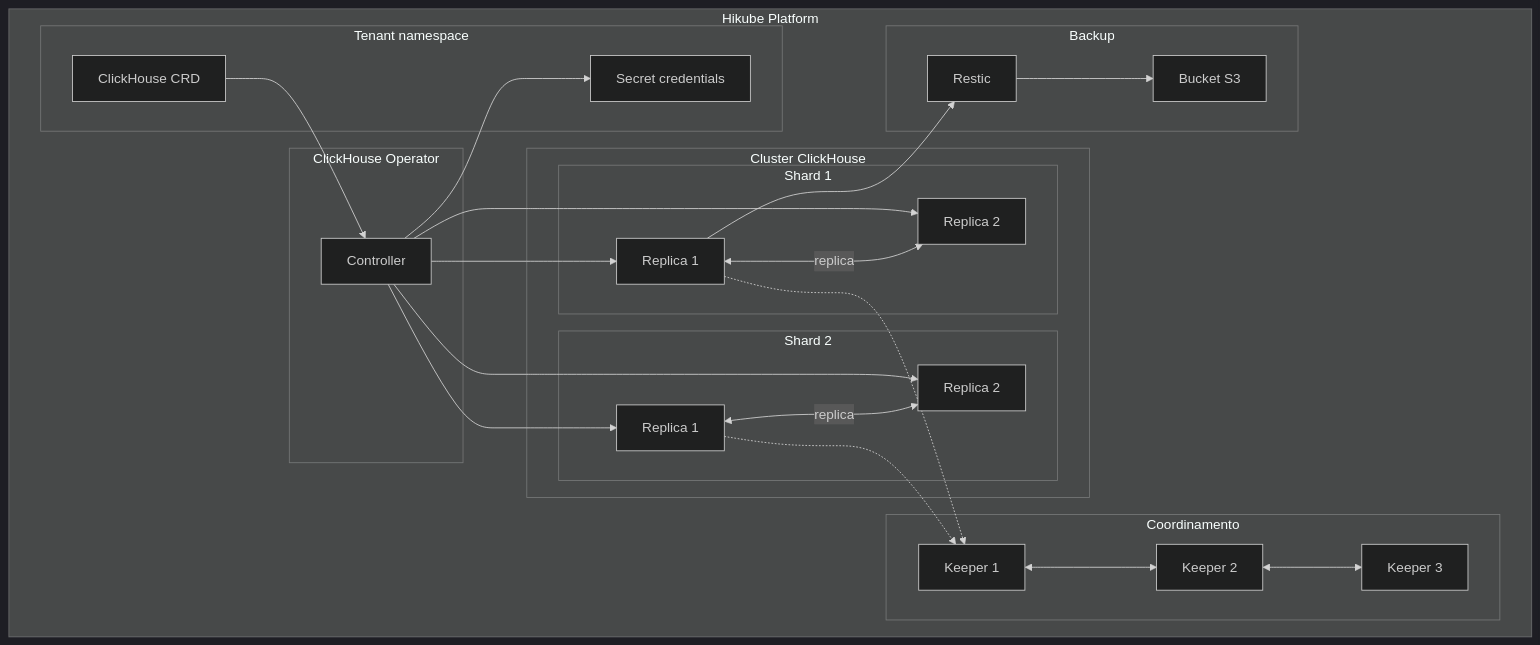
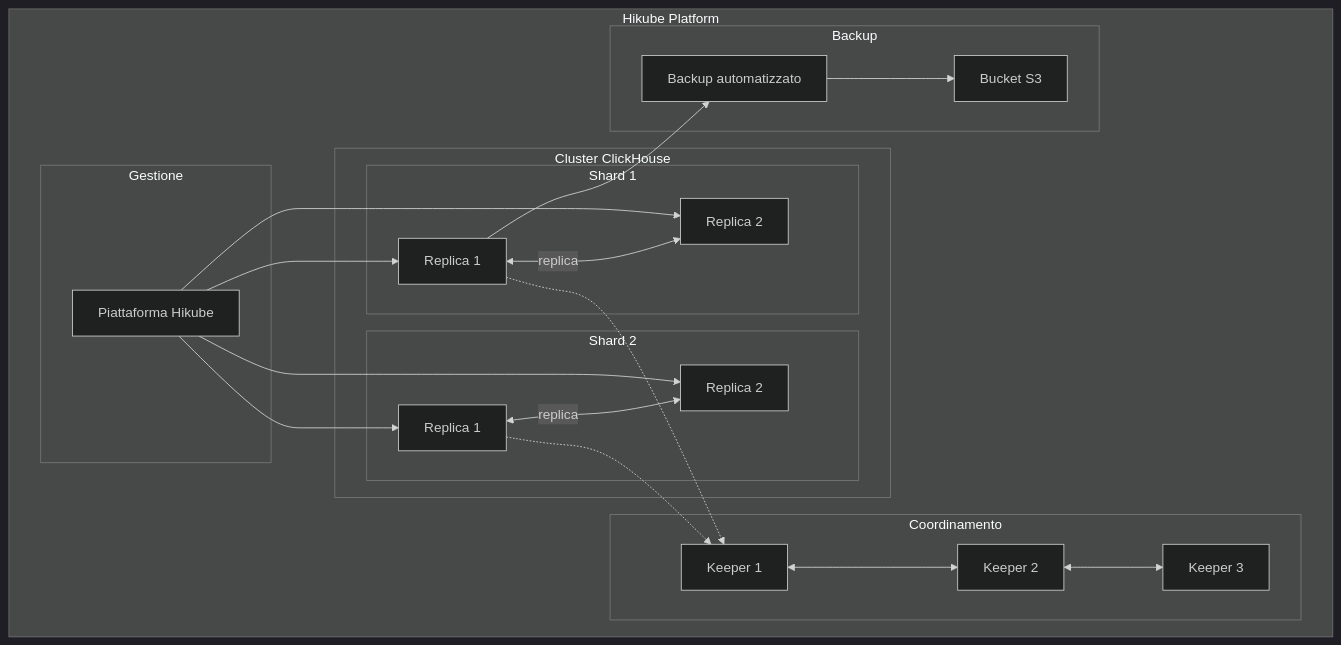
One commit to HidoraSwiss/hikube-public-doc changed the first of 2 diagrams in i18n/it/docusaurus-plugin-content-docs/current/services/databases/clickhouse/concepts.md. Above: the diagram before and after it, drawn with Mermaid (dark theme). The commit also changed other lines of this file and 148 other files, not shown here.

````diff
--- a/i18n/it/docusaurus-plugin-content-docs/current/services/databases/clickhouse/concepts.md
+++ b/i18n/it/docusaurus-plugin-content-docs/current/services/databases/clickhouse/concepts.md
@@ -12,50 +17,43 @@
 ```mermaid
 graph TB
     subgraph "Hikube Platform"
-        subgraph "Tenant namespace"
-            CR[ClickHouse CRD]
-            SEC[Secret credentials]
-        end
-
-        subgraph "ClickHouse Operator"
-            OP[Controller]
+        subgraph "Gestione"
+            OP[Piattaforma Hikube]
         end
 
         subgraph "Cluster ClickHouse"
             subgraph "Shard 1"
                 S1R1[Replica 1]
                 S1R2[Replica 2]
             end
             subgraph "Shard 2"
                 S2R1[Replica 1]
                 S2R2[Replica 2]
             end
         end
 
         subgraph "Coordinamento"
             K1[Keeper 1]
             K2[Keeper 2]
             K3[Keeper 3]
         end
 
         subgraph "Backup"
             S3[Bucket S3]
-            RES[Restic]
+            RES[Backup automatizzato]
         end
     end
 
-    CR --> OP
     OP --> S1R1
     OP --> S1R2
     OP --> S2R1
     OP --> S2R2
     S1R1 <-->|replica| S1R2
     S2R1 <-->|replica| S2R2
     K1 <--> K2
     K2 <--> K3
     S1R1 -.-> K1
     S2R1 -.-> K1
-    OP --> SEC
     S1R1 --> RES
     RES --> S3
 ```
````
